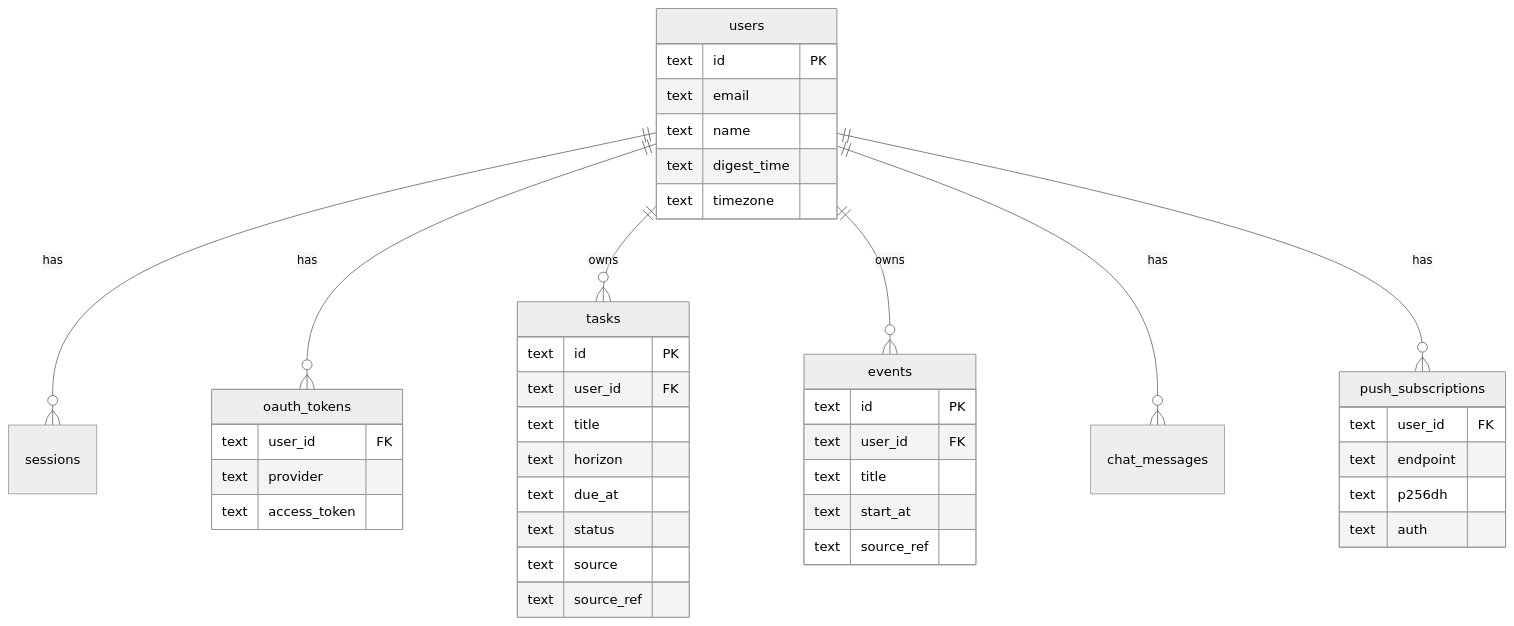
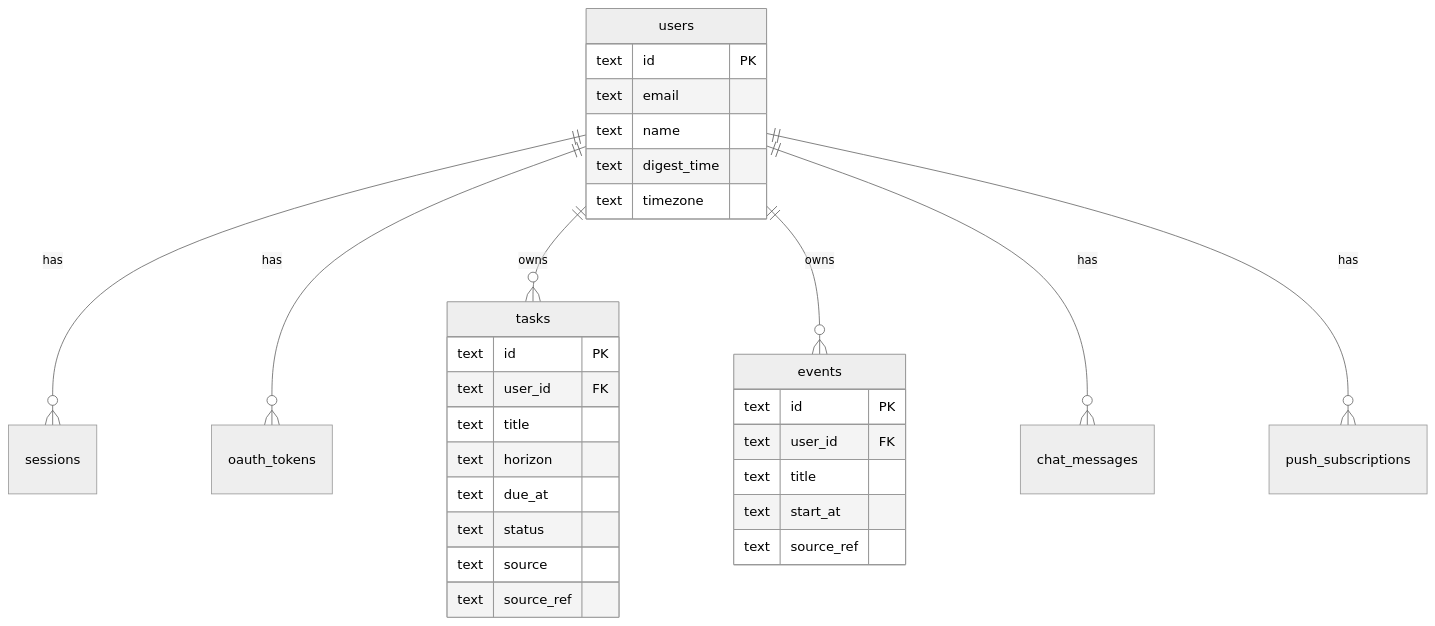
One commit to keitaroooo/aide changed the third of 6 diagrams in README.md. Above: the diagram before and after it, drawn with Mermaid (neutral theme). The commit also changed other lines of this file and 31 other files, not shown here.

````diff
--- a/README.md
+++ b/README.md
@@ -198,45 +142,34 @@
 ```mermaid
 erDiagram
   users ||--o{ sessions : has
   users ||--o{ oauth_tokens : has
   users ||--o{ tasks : owns
   users ||--o{ events : owns
   users ||--o{ chat_messages : has
   users ||--o{ push_subscriptions : has
 
   users {
     text id PK
     text email
     text name
     text digest_time
     text timezone
   }
   tasks {
     text id PK
     text user_id FK
     text title
     text horizon
     text due_at
     text status
     text source
     text source_ref
   }
   events {
     text id PK
     text user_id FK
     text title
     text start_at
     text source_ref
   }
-  oauth_tokens {
-    text user_id FK
-    text provider
-    text access_token
-  }
-  push_subscriptions {
-    text user_id FK
-    text endpoint
-    text p256dh
-    text auth
-  }
 ```
````
